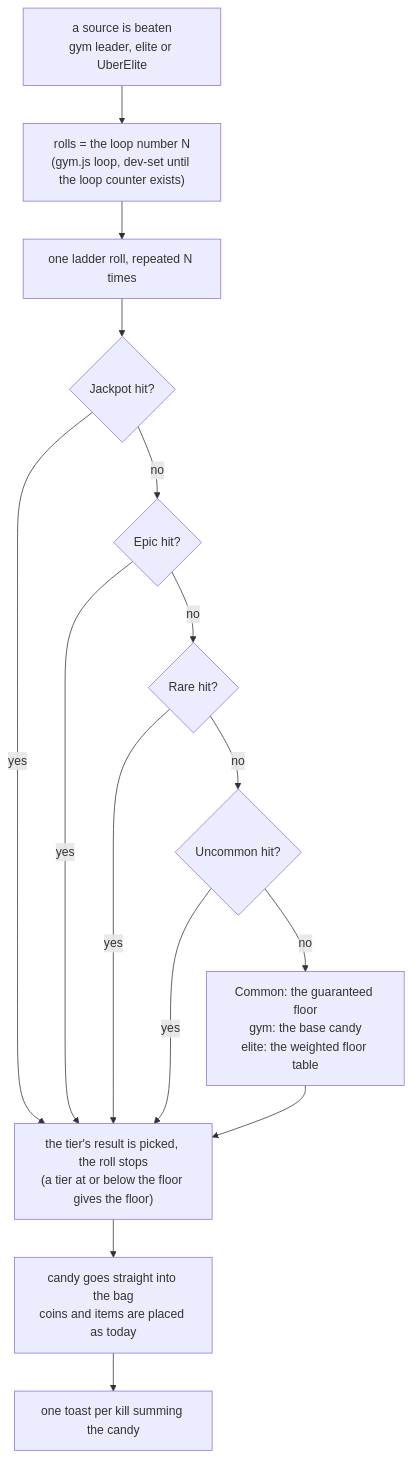
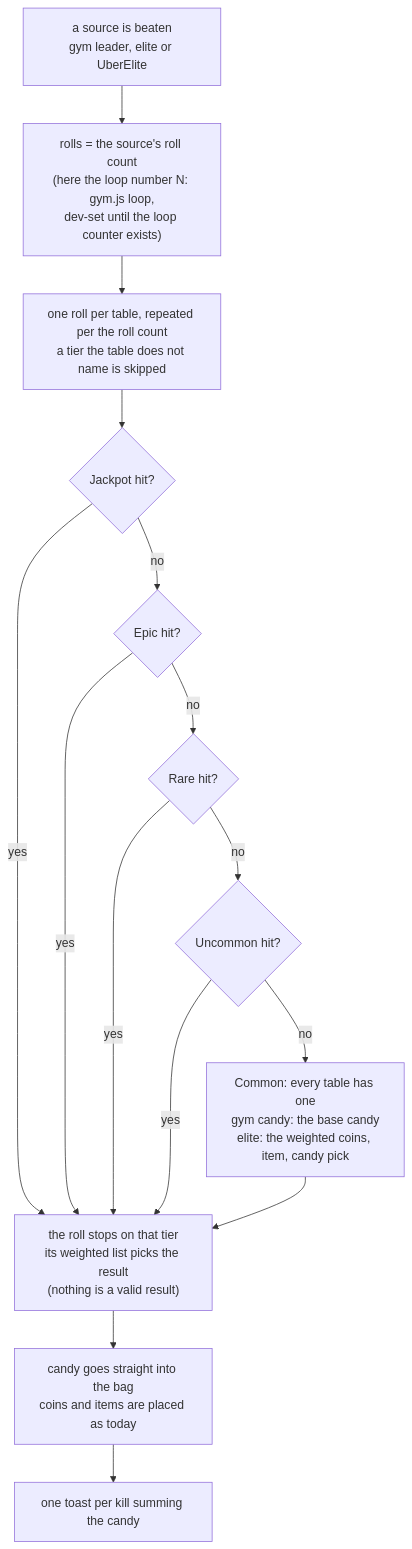
Before and after one commit to Jess-Rivera/pokesurvivor_fork: the second of 4 diagrams in docs/AI Outputs/Issue-139/139a - Candy Build Plan.md, drawn with Mermaid. The commit also changed other lines of this file and 1 other file, not shown here.

Commit message:
139a: one drop function for every loot drop; candy tables approved; fixed tier-to-size rule rejected

````diff
--- a/docs/AI Outputs/Issue-139/139a - Candy Build Plan.md
+++ b/docs/AI Outputs/Issue-139/139a - Candy Build Plan.md
@@ -98,17 +116,17 @@
 ```mermaid
 flowchart TD
-  K["a source is beaten<br/>gym leader, elite or UberElite"] --> N["rolls = the loop number N<br/>(gym.js loop, dev-set until the loop counter exists)"]
-  N --> L["one ladder roll, repeated N times"]
+  K["a source is beaten<br/>gym leader, elite or UberElite"] --> N["rolls = the source's roll count<br/>(here the loop number N: gym.js loop,<br/>dev-set until the loop counter exists)"]
+  N --> L["one roll per table, repeated per the roll count<br/>a tier the table does not name is skipped"]
   L --> J{"Jackpot hit?"}
   J -- yes --> Pick
   J -- no --> E{"Epic hit?"}
   E -- yes --> Pick
   E -- no --> R{"Rare hit?"}
   R -- yes --> Pick
   R -- no --> U{"Uncommon hit?"}
   U -- yes --> Pick
-  U -- no --> C["Common: the guaranteed floor<br/>gym: the base candy<br/>elite: the weighted floor table"]
-  C --> Pick["the tier's result is picked, the roll stops<br/>(a tier at or below the floor gives the floor)"]
+  U -- no --> C["Common: every table has one<br/>gym candy: the base candy<br/>elite: the weighted coins, item, candy pick"]
+  C --> Pick["the roll stops on that tier<br/>its weighted list picks the result<br/>(nothing is a valid result)"]
   Pick --> Bank["candy goes straight into the bag<br/>coins and items are placed as today"]
   Bank --> T["one toast per kill summing the candy"]
 ```
````
